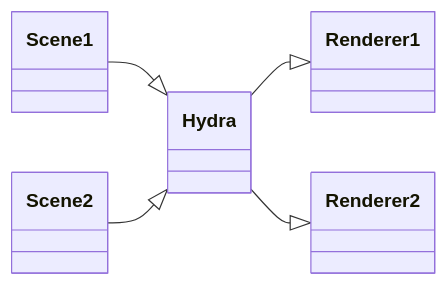
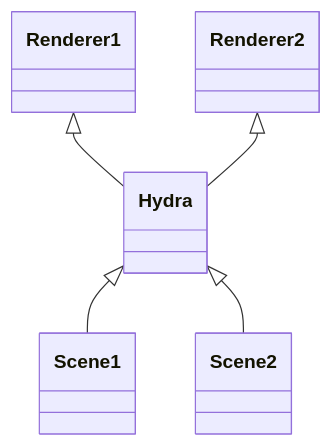
The diagram in docs/pipeline/USD/USD Hydraその1.md (naoya-horai/documents), drawn with Mermaid before and after one commit.

````diff
--- a/docs/pipeline/USD/USD Hydraその1.md
+++ b/docs/pipeline/USD/USD Hydraその1.md
@@ -18,9 +18,8 @@
 ``` mermaid
-
 classDiagram
-    direction RL
+    direction_rl
     Hydra <|-- Scene1
     Hydra <|-- Scene2
     Renderer1 <|-- Hydra
     Renderer2 <|-- Hydra
 ```
````
